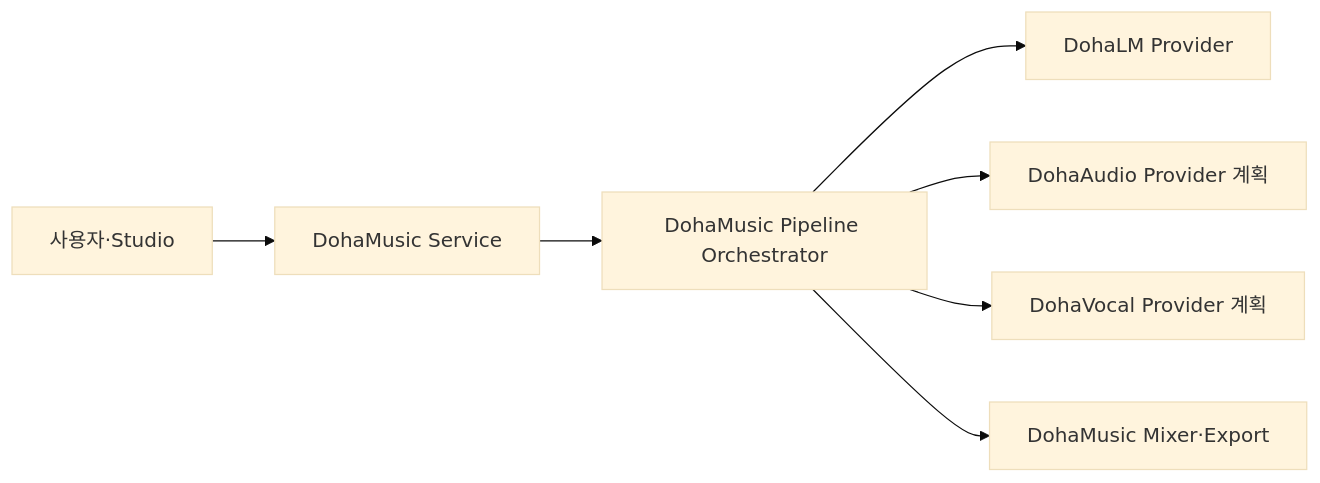
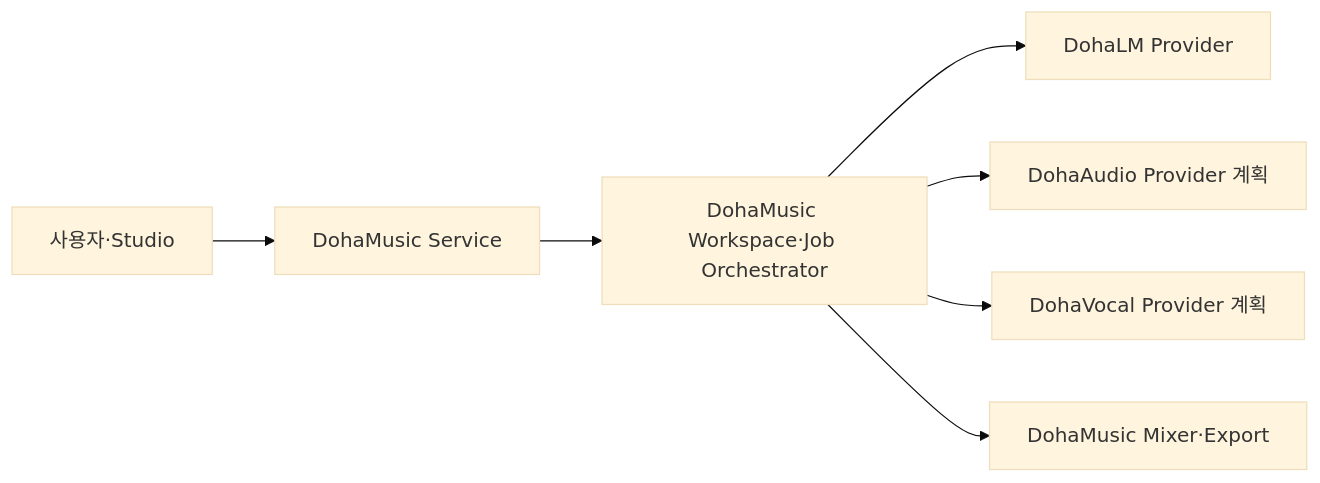
The diagram in docs/03-architecture/repository-provider-boundaries.md (DohaStudio/DohaMusic), drawn with Mermaid (base theme) before and after one commit. The commit also changed other lines of this file and 8 other files, not shown here.

Commit message:
docs: Workspace Job Orchestrator 책임 보완

````diff
--- a/docs/03-architecture/repository-provider-boundaries.md
+++ b/docs/03-architecture/repository-provider-boundaries.md
@@ -55,9 +55,9 @@
 ```mermaid
 flowchart LR
   U[사용자·Studio] --> M[DohaMusic Service]
-  M --> O[DohaMusic Pipeline Orchestrator]
+  M --> O[DohaMusic Workspace·Job Orchestrator]
   O --> L[DohaLM Provider]
   O --> A[DohaAudio Provider 계획]
   O --> V[DohaVocal Provider 계획]
   O --> X[DohaMusic Mixer·Export]
 ```
````
